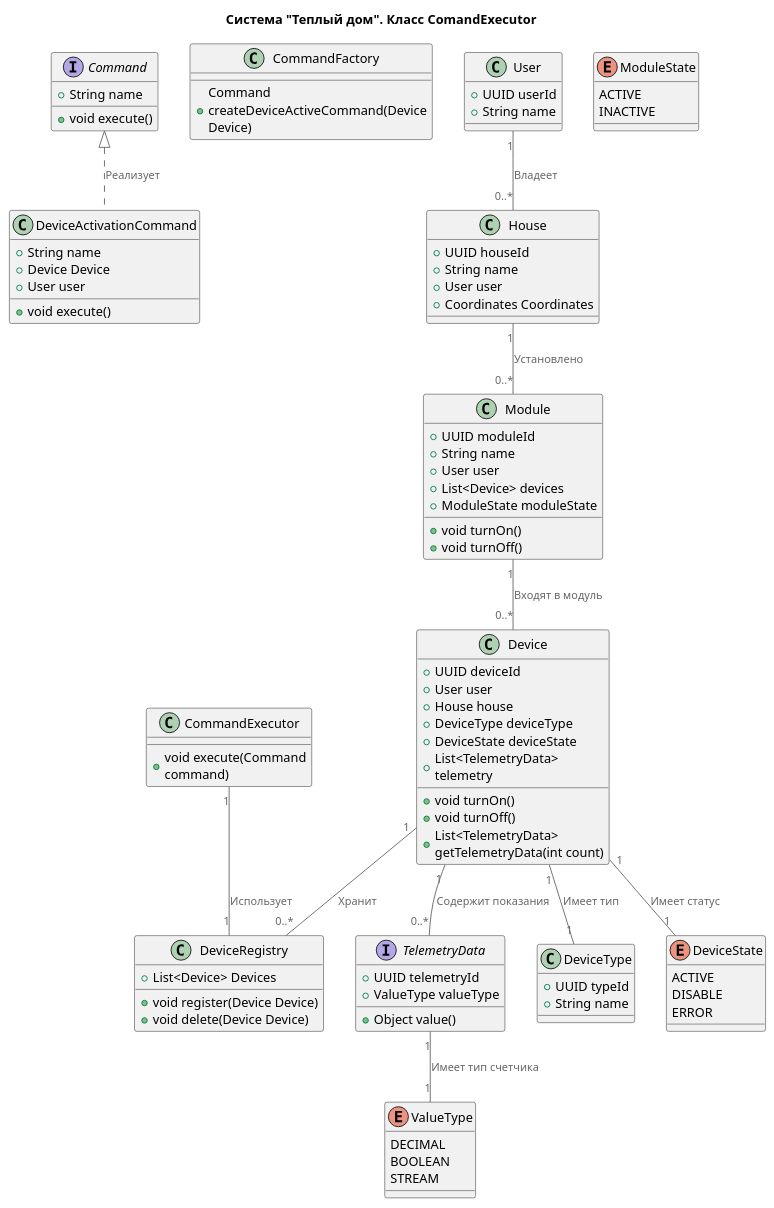
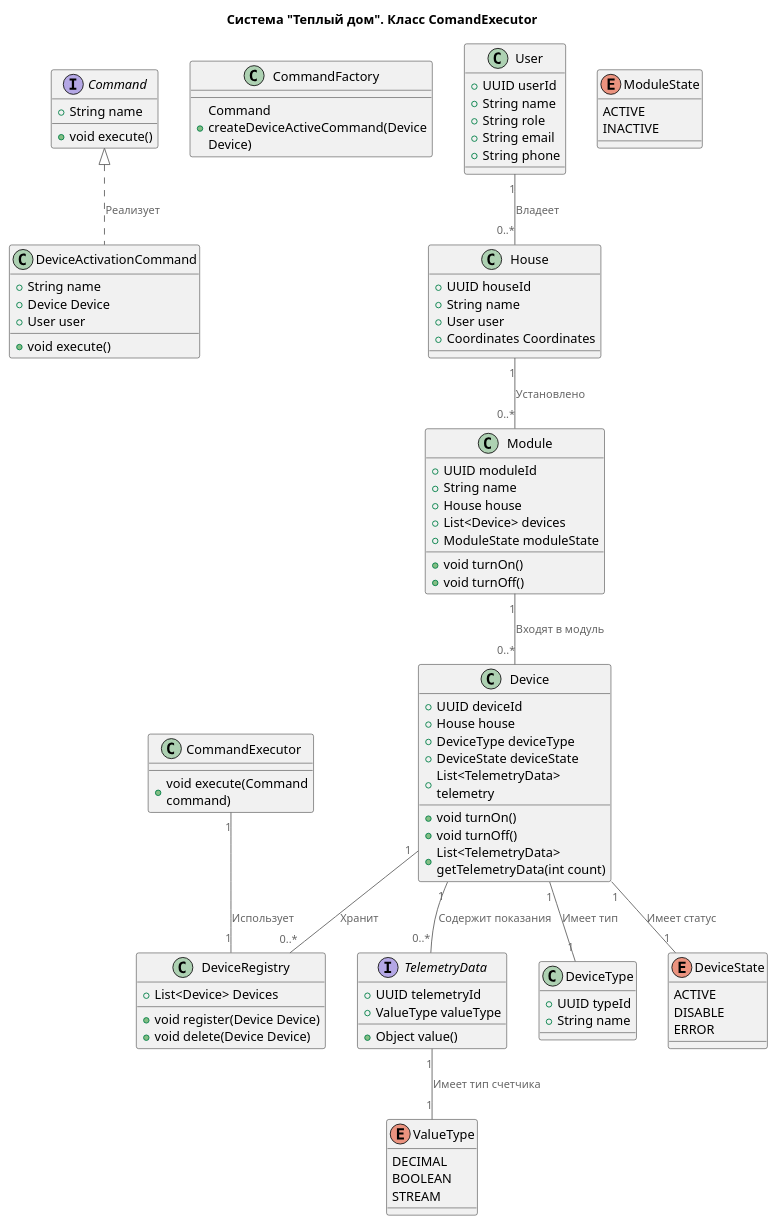
The diagram in part1/Code.puml (AlexVolkow/architecture-sprint-3), drawn with PlantUML before and after one commit. The commit also changed 4 other files, not shown here.

Commit message:
Добавил последние диаграммы

```diff
--- a/part1/Code.puml
+++ b/part1/Code.puml
@@ -1,114 +1,116 @@
 @startuml
 title Система "Теплый дом". Класс ComandExecutor
 
 top to bottom direction
 
 !includeurl https://raw.githubusercontent.com/RicardoNiepel/C4-PlantUML/master/C4_Component.puml
 
 interface Command {
     +String name
 
     +void execute()
 }
 
 class DeviceActivationCommand {
     +String name
     +Device Device
     +User user
     +void execute()
 }
 
 class CommandFactory {
     +Command createDeviceActiveCommand(Device Device)
 }
 
 class CommandExecutor {
     +void execute(Command command)
 }
 
 class Device {
     +UUID deviceId
-    +User user
     +House house
     +DeviceType deviceType
     +DeviceState deviceState
     +List<TelemetryData> telemetry
 
     +void turnOn()
     +void turnOff()
     +List<TelemetryData> getTelemetryData(int count)
 }
 
 interface TelemetryData  {
     +UUID telemetryId
     +ValueType valueType
 
     +Object value()
 }
 
 enum ValueType {
     DECIMAL
     BOOLEAN
     STREAM
 }
 
 class DeviceType {
     +UUID typeId
     +String name
 }
 
 enum DeviceState {
     ACTIVE
     DISABLE
     ERROR
 }
 
 class DeviceRegistry {
     +List<Device> Devices
 
     +void register(Device Device)
     +void delete(Device Device)
 }
 
 class User {
     +UUID userId
     +String name
+    +String role
+    +String email
+    +String phone
 }
 
 
 class House {
     +UUID houseId
     +String name
     +User user
     +Coordinates Coordinates
 }
 
 
 class Module {
     +UUID moduleId
     +String name
-    +User user
+    +House house
     +List<Device> devices
     +ModuleState moduleState
 
     +void turnOn()
     +void turnOff()
 }
 
 enum ModuleState {
     ACTIVE
     INACTIVE
 }
 
 Device "1" -- "0..*" TelemetryData : Содержит показания
 Device "1" -- "1" DeviceType : Имеет тип
 Device "1" -- "1" DeviceState : Имеет статус
 House "1" -- "0..*" Module : Установлено
 Module "1" -- "0..*" Device : Входят в модуль
 User "1" -- "0..*" House : Владеет
 Command <|.. DeviceActivationCommand: Реализует
 TelemetryData "1" -- "1" ValueType : Имеет тип счетчика
 CommandExecutor "1" -- "1" DeviceRegistry : Использует
 Device "1" -- "0..*" DeviceRegistry : Хранит
 
 @enduml 
```
